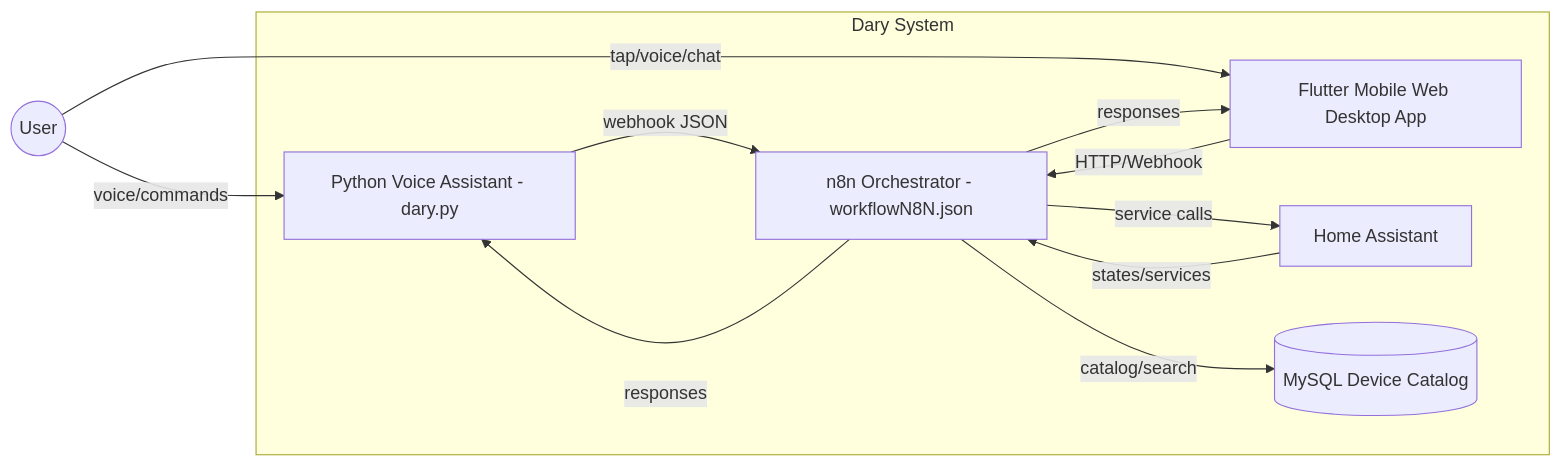
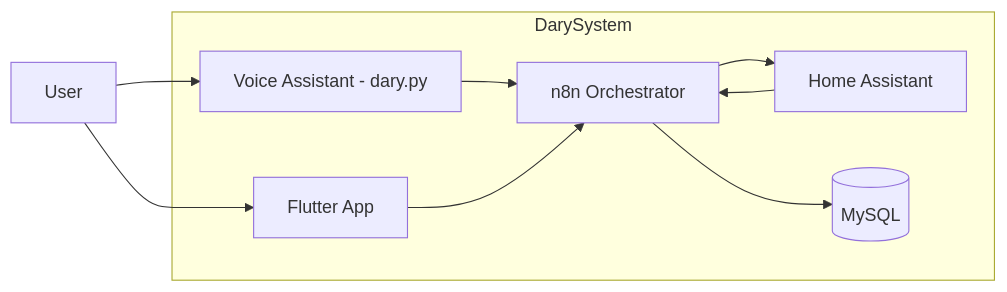
The first of 2 diagrams in README.md (aalsayed70/home-voice-assistant), drawn with Mermaid before and after one commit. The commit also changed other lines of this file, not shown here.

Commit message:
docs: simplify Mermaid diagrams for cleaner layout

````diff
--- a/README.md
+++ b/README.md
@@ -68,21 +68,19 @@
 ```mermaid
 flowchart LR
-  User((User))
-  subgraph DarySystem[Dary System]
-    VA[Python Voice Assistant - dary.py]
-    Mobile[Flutter Mobile Web Desktop App]
-    N8N[n8n Orchestrator - workflowN8N.json]
-    HA[Home Assistant]
-    DB[(MySQL Device Catalog)]
+  user[User]
+  subgraph DarySystem
+    va[Voice Assistant - dary.py]
+    app[Flutter App]
+    n8n[n8n Orchestrator]
+    ha[Home Assistant]
+    db[(MySQL)]
   end
 
-  User -- voice/commands --> VA
-  User -- tap/voice/chat --> Mobile
-  VA -- webhook JSON --> N8N
-  Mobile -- HTTP/Webhook --> N8N
-  N8N -- service calls --> HA
-  N8N -- catalog/search --> DB
-  HA -- states/services --> N8N
-  N8N -- responses --> VA
-  N8N -- responses --> Mobile
+  user --> va
+  user --> app
+  va --> n8n
+  app --> n8n
+  n8n --> ha
+  n8n --> db
+  ha --> n8n
 ```
````
